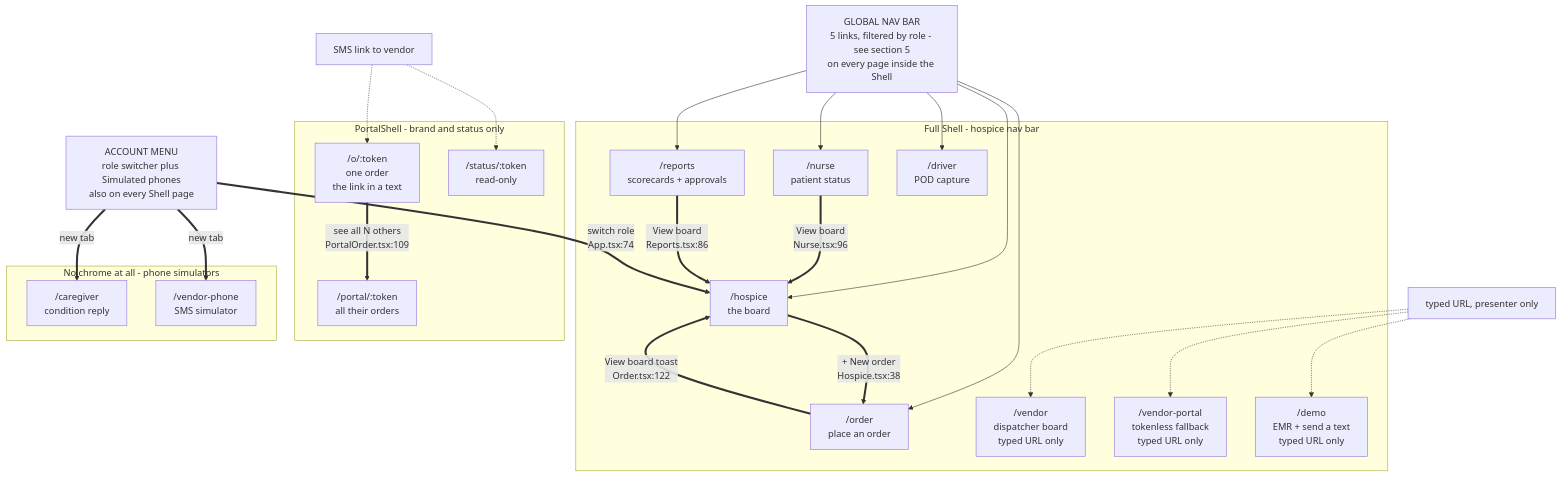
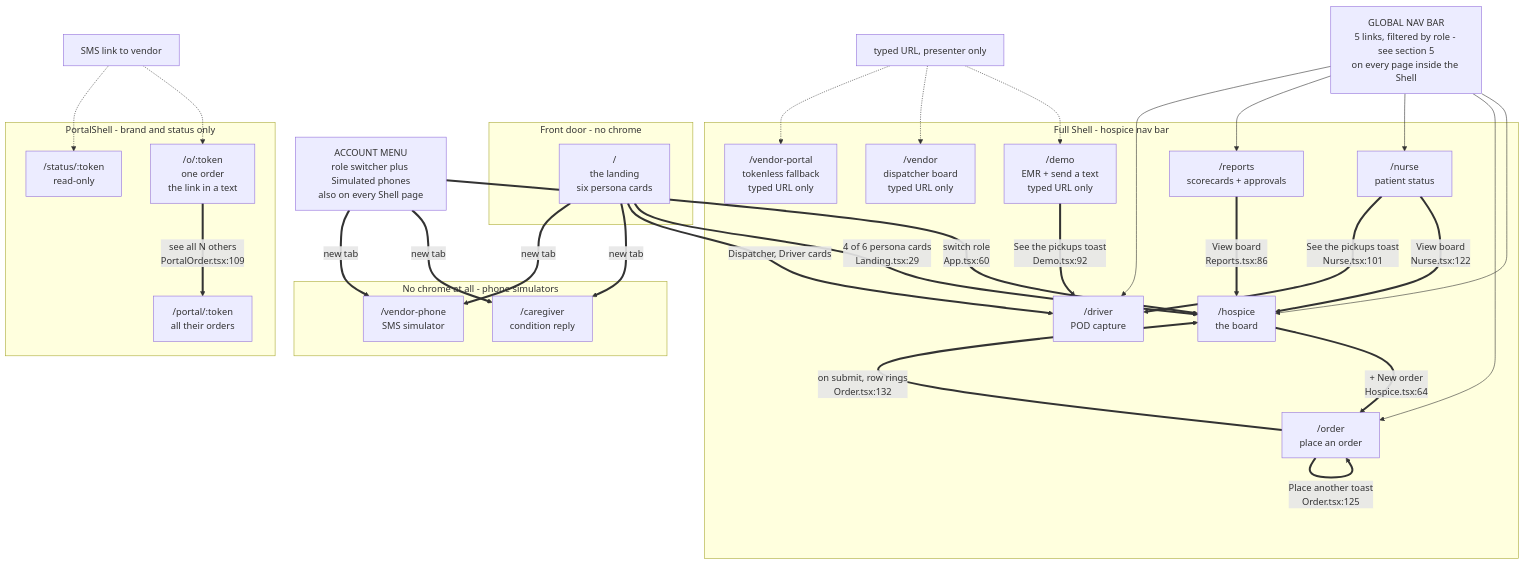
The first of 6 diagrams in docs/UX-FLOWS.md (kr3wangel/betterrx-hackathon-2026), drawn with Mermaid before and after one commit. The commit also changed other lines of this file and 9 other files, not shown here.

````diff
--- a/docs/UX-FLOWS.md
+++ b/docs/UX-FLOWS.md
@@ -94,49 +111,61 @@
 ```mermaid
 graph TD
   NAV["GLOBAL NAV BAR<br/>5 links, filtered by role - see section 5<br/>on every page inside the Shell"]
   ACCT["ACCOUNT MENU<br/>role switcher plus Simulated phones<br/>also on every Shell page"]
+
+  subgraph Front door - no chrome
+    LANDING["/<br/>the landing<br/>six persona cards"]
+  end
 
   subgraph Full Shell - hospice nav bar
     BOARD["/hospice<br/>the board"]
     ORDER["/order<br/>place an order"]
     NURSE["/nurse<br/>patient status"]
     REPORTS["/reports<br/>scorecards + approvals"]
     VBOARD["/vendor<br/>dispatcher board<br/>typed URL only"]
     VPORTAL["/vendor-portal<br/>tokenless fallback<br/>typed URL only"]
     DRIVER["/driver<br/>POD capture"]
     DEMO["/demo<br/>EMR + send a text<br/>typed URL only"]
   end
 
   subgraph PortalShell - brand and status only
     OPORTAL["/o/:token<br/>one order<br/>the link in a text"]
     PORTAL["/portal/:token<br/>all their orders"]
     VSTATUS["/status/:token<br/>read-only"]
   end
 
   subgraph No chrome at all - phone simulators
     CARE["/caregiver<br/>condition reply"]
     VPHONE["/vendor-phone<br/>SMS simulator"]
   end
 
   NAV --> BOARD
   NAV --> ORDER
   NAV --> NURSE
   NAV --> REPORTS
   NAV --> DRIVER
 
-  BOARD ==>|"+ New order<br/>Hospice.tsx:38"| ORDER
-  ORDER ==>|"View board toast<br/>Order.tsx:122"| BOARD
-  NURSE ==>|"View board<br/>Nurse.tsx:96"| BOARD
+  LANDING ==>|"4 of 6 persona cards<br/>Landing.tsx:29"| BOARD
+  LANDING ==>|"Dispatcher, Driver cards"| DRIVER
+  LANDING ==>|"new tab"| CARE
+  LANDING ==>|"new tab"| VPHONE
+
+  BOARD ==>|"+ New order<br/>Hospice.tsx:64"| ORDER
+  ORDER ==>|"on submit, row rings<br/>Order.tsx:132"| BOARD
+  ORDER ==>|"Place another toast<br/>Order.tsx:125"| ORDER
+  NURSE ==>|"View board<br/>Nurse.tsx:122"| BOARD
+  NURSE ==>|"See the pickups toast<br/>Nurse.tsx:101"| DRIVER
+  DEMO ==>|"See the pickups toast<br/>Demo.tsx:92"| DRIVER
   REPORTS ==>|"View board<br/>Reports.tsx:86"| BOARD
 
-  ACCT ==>|"switch role<br/>App.tsx:74"| BOARD
+  ACCT ==>|"switch role<br/>App.tsx:60"| BOARD
   ACCT ==>|"new tab"| CARE
   ACCT ==>|"new tab"| VPHONE
 
   SMS["SMS link to vendor"] -.-> OPORTAL
   SMS -.-> VSTATUS
   OPORTAL ==>|"see all N others<br/>PortalOrder.tsx:109"| PORTAL
   TYPED["typed URL, presenter only"] -.-> DEMO
   TYPED -.-> VBOARD
   TYPED -.-> VPORTAL
 ```
````
